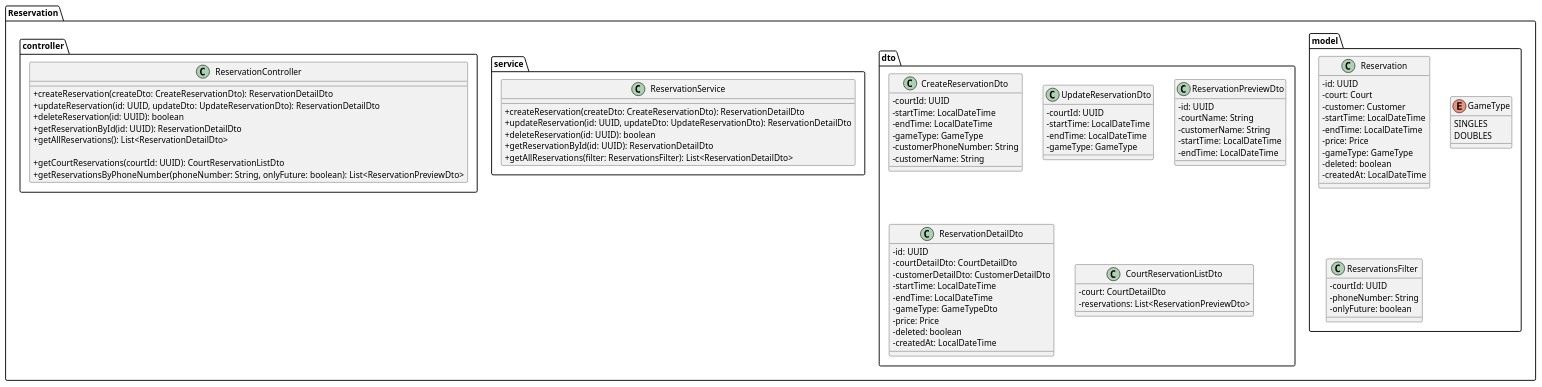
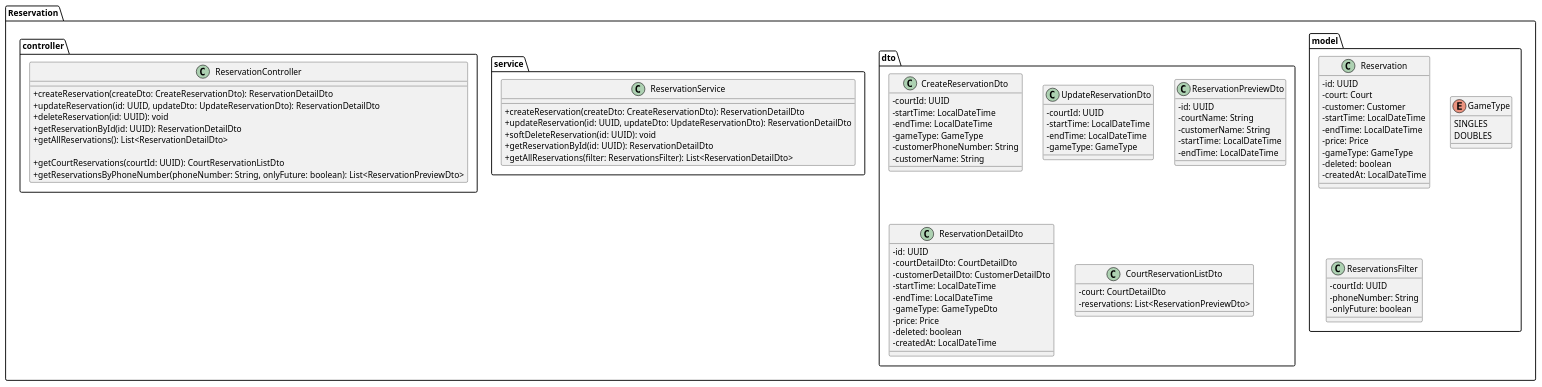
The diagram in docs/diagram/class-reservation.puml (tondracek/inqool-tennis), drawn with PlantUML before and after one commit. The commit also changed 4 other files, not shown here.

Commit message:
feat(UML): update delete methods to use soft delete in service

```diff
--- a/docs/diagram/class-reservation.puml
+++ b/docs/diagram/class-reservation.puml
@@ -1,99 +1,99 @@
 @startuml
 
 skinparam classAttributeIconSize 0
 
 package "Reservation" {
 
 	package "model" {
 	  class Reservation {
 	    - id: UUID
 	    - court: Court
 	    - customer: Customer
 	    - startTime: LocalDateTime
 	    - endTime: LocalDateTime
 	    - price: Price
 	    - gameType: GameType
 	    - deleted: boolean
 	    - createdAt: LocalDateTime
 	  }
 
     enum GameType {
       SINGLES
       DOUBLES
     }
 
     class ReservationsFilter {
     	- courtId: UUID
     	- phoneNumber: String
     	- onlyFuture: boolean
     }
   }
 
   package "dto" {
 		class CreateReservationDto {
 			- courtId: UUID
 			- startTime: LocalDateTime
 			- endTime: LocalDateTime
 			- gameType: GameType
 			- customerPhoneNumber: String
 			- customerName: String
 		}
 
 		class UpdateReservationDto {
 			- courtId: UUID
 			- startTime: LocalDateTime
 			- endTime: LocalDateTime
 			- gameType: GameType
 		}
 
 		class ReservationPreviewDto {
 			- id: UUID
 			- courtName: String
 			- customerName: String
 			- startTime: LocalDateTime
 			- endTime: LocalDateTime
 		}
 
 		class ReservationDetailDto {
 			- id: UUID
 			- courtDetailDto: CourtDetailDto
 			- customerDetailDto: CustomerDetailDto
 			- startTime: LocalDateTime
 			- endTime: LocalDateTime
 			- gameType: GameTypeDto
 			- price: Price
 			- deleted: boolean
 			- createdAt: LocalDateTime
 		}
 
 		class CourtReservationListDto {
 			- court: CourtDetailDto
 			- reservations: List<ReservationPreviewDto>
 		}
   }
 
   package "service" {
     class ReservationService {
 	    + createReservation(createDto: CreateReservationDto): ReservationDetailDto
 	    + updateReservation(id: UUID, updateDto: UpdateReservationDto): ReservationDetailDto
-	    + deleteReservation(id: UUID): boolean
+	    + softDeleteReservation(id: UUID): void
 	    + getReservationById(id: UUID): ReservationDetailDto
 	    + getAllReservations(filter: ReservationsFilter): List<ReservationDetailDto>
 	  }
   }
 
   package "controller" {
     class ReservationController {
 	    + createReservation(createDto: CreateReservationDto): ReservationDetailDto
 	    + updateReservation(id: UUID, updateDto: UpdateReservationDto): ReservationDetailDto
-	    + deleteReservation(id: UUID): boolean
+	    + deleteReservation(id: UUID): void
 	    + getReservationById(id: UUID): ReservationDetailDto
 	    + getAllReservations(): List<ReservationDetailDto>
 
 	    + getCourtReservations(courtId: UUID): CourtReservationListDto
 	    + getReservationsByPhoneNumber(phoneNumber: String, onlyFuture: boolean): List<ReservationPreviewDto>
     }
   }
 }
 
 @enduml
```
